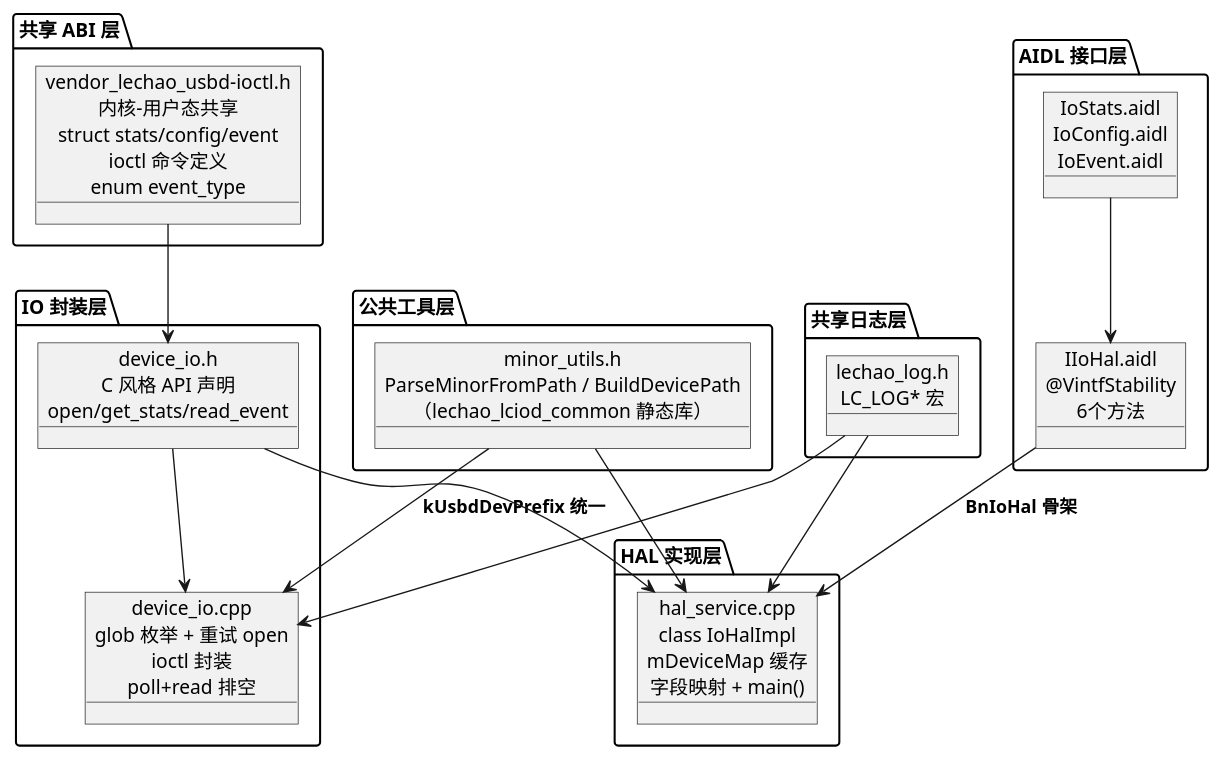
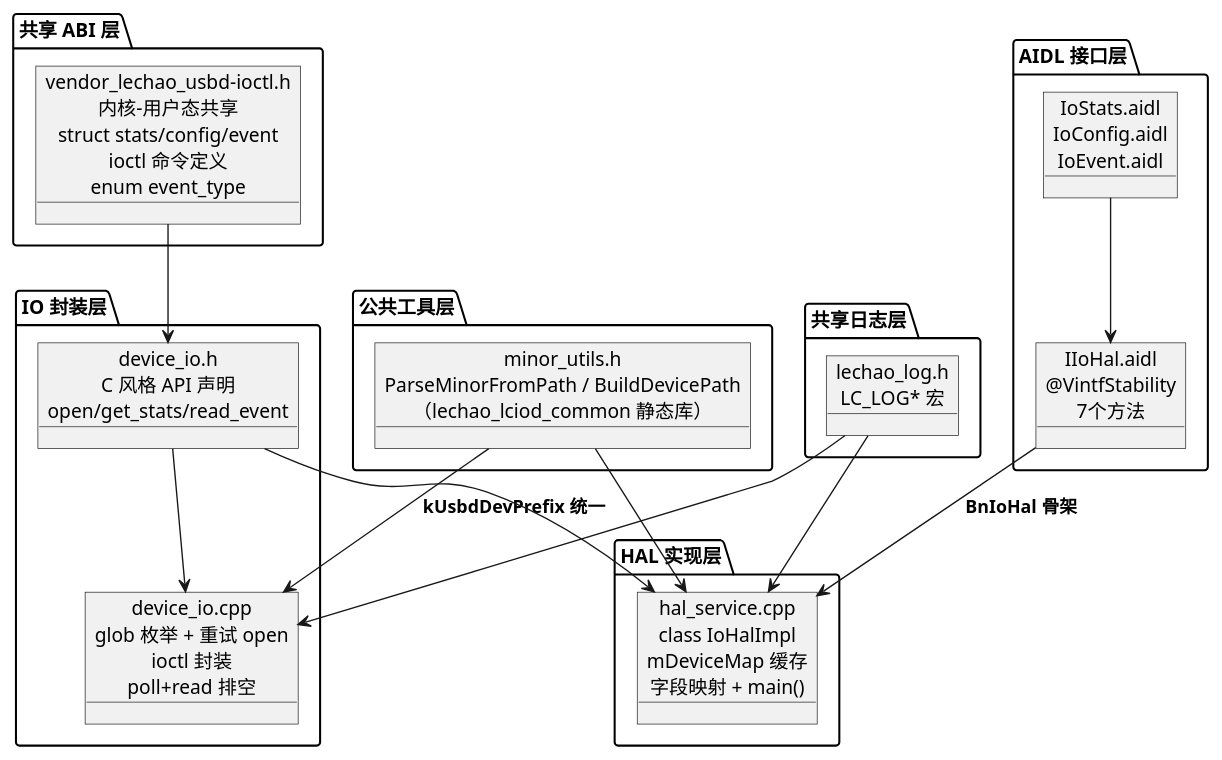
One commit to lechao365/AndroidSystemEnhance changed the tenth of 13 diagrams in docs/02-IO增强/02.02-HAL增强-lciod-hal.md. Above: the diagram before and after it, drawn with PlantUML. The commit also changed other lines of this file and 118 other files, not shown here.

````diff
--- a/docs/02-IO增强/02.02-HAL增强-lciod-hal.md
+++ b/docs/02-IO增强/02.02-HAL增强-lciod-hal.md
@@ -453,39 +470,39 @@
 ```plantuml
 @startuml
 package "AIDL 接口层" as aidl {
-    object "IIoHal.aidl\n@VintfStability\n6个方法" as AIDL
+    object "IIoHal.aidl\n@VintfStability\n7个方法" as AIDL
     object "IoStats.aidl\nIoConfig.aidl\nIoEvent.aidl" as PARCEL
 }
 
 package "共享 ABI 层" as abi {
     object "vendor_lechao_usbd-ioctl.h\n内核-用户态共享\nstruct stats/config/event\nioctl 命令定义\nenum event_type" as IOCTL
 }
 
 package "公共工具层" as common {
     object "minor_utils.h\nParseMinorFromPath / BuildDevicePath\n（lechao_lciod_common 静态库）" as MINOR
 }
 
 package "IO 封装层" as io {
     object "device_io.h\nC 风格 API 声明\nopen/get_stats/read_event" as HDR
     object "device_io.cpp\nglob 枚举 + 重试 open\nioctl 封装\npoll+read 排空" as IMPL
 }
 
 package "HAL 实现层" as hal {
     object "hal_service.cpp\nclass IoHalImpl\nmDeviceMap 缓存\n字段映射 + main()" as SVC
 }
 
 package "共享日志层" as log {
     object "lechao_log.h\nLC_LOG* 宏" as LCLOG
 }
 
 AIDL --> SVC : **BnIoHal 骨架**
 PARCEL --> AIDL
 IOCTL --> HDR
 MINOR --> SVC
 MINOR --> IMPL : **kUsbdDevPrefix 统一**
 HDR --> IMPL
 HDR --> SVC
 LCLOG --> IMPL
 LCLOG --> SVC
 @enduml
 ```
````
